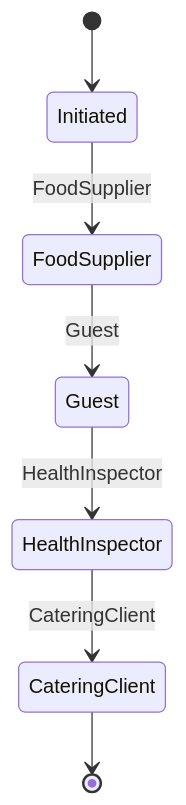
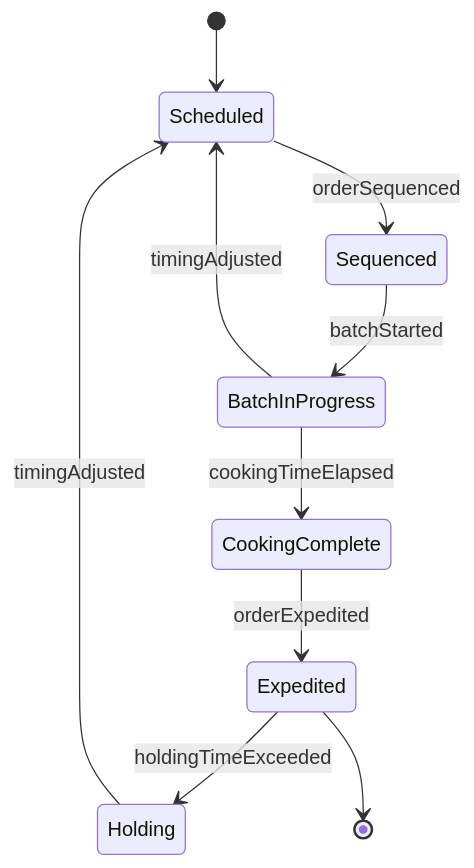
Before and after one commit to dot-org-ai/tasks.org.ai: the second of 4 diagrams in GuidingDirectingAndMotivatingSubordinates/DirectOrganizationalOperationsActivitiesOrProcedures/CoordinateTimingFoodProductionActivities.mdx, drawn with Mermaid. The commit also changed other lines of this file and 515 other files, not shown here.

````diff
--- a/GuidingDirectingAndMotivatingSubordinates/DirectOrganizationalOperationsActivitiesOrProcedures/CoordinateTimingFoodProductionActivities.mdx
+++ b/GuidingDirectingAndMotivatingSubordinates/DirectOrganizationalOperationsActivitiesOrProcedures/CoordinateTimingFoodProductionActivities.mdx
@@ -100,9 +100,12 @@
 ```mermaid
 stateDiagram-v2
-    [*] --> Initiated
-    Initiated --> FoodSupplier: FoodSupplier
-    FoodSupplier --> Guest: Guest
-    Guest --> HealthInspector: HealthInspector
-    HealthInspector --> CateringClient: CateringClient
-    CateringClient --> [*]
+    [*] --> Scheduled
+    Scheduled --> Sequenced : orderSequenced
+    Sequenced --> BatchInProgress : batchStarted
+    BatchInProgress --> CookingComplete : cookingTimeElapsed
+    CookingComplete --> Expedited : orderExpedited
+    Expedited --> Holding : holdingTimeExceeded
+    Holding --> Scheduled : timingAdjusted
+    BatchInProgress --> Scheduled : timingAdjusted
+    Expedited --> [*]
 ```
````
